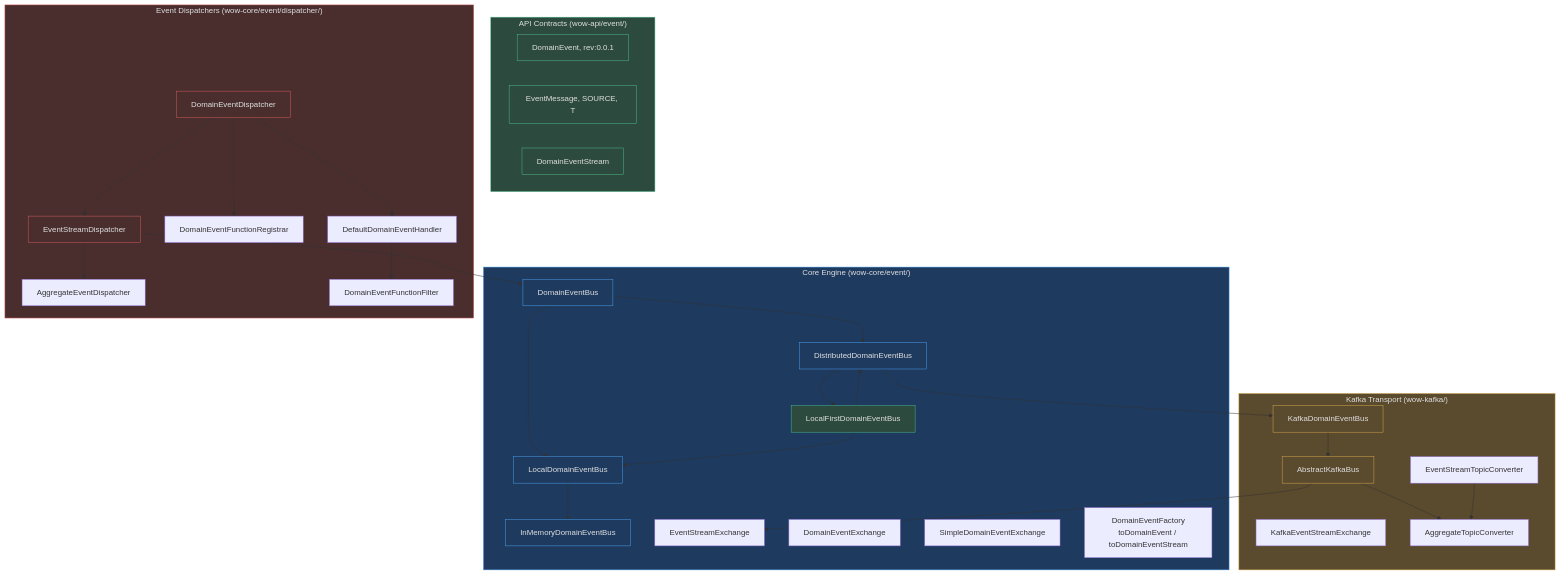
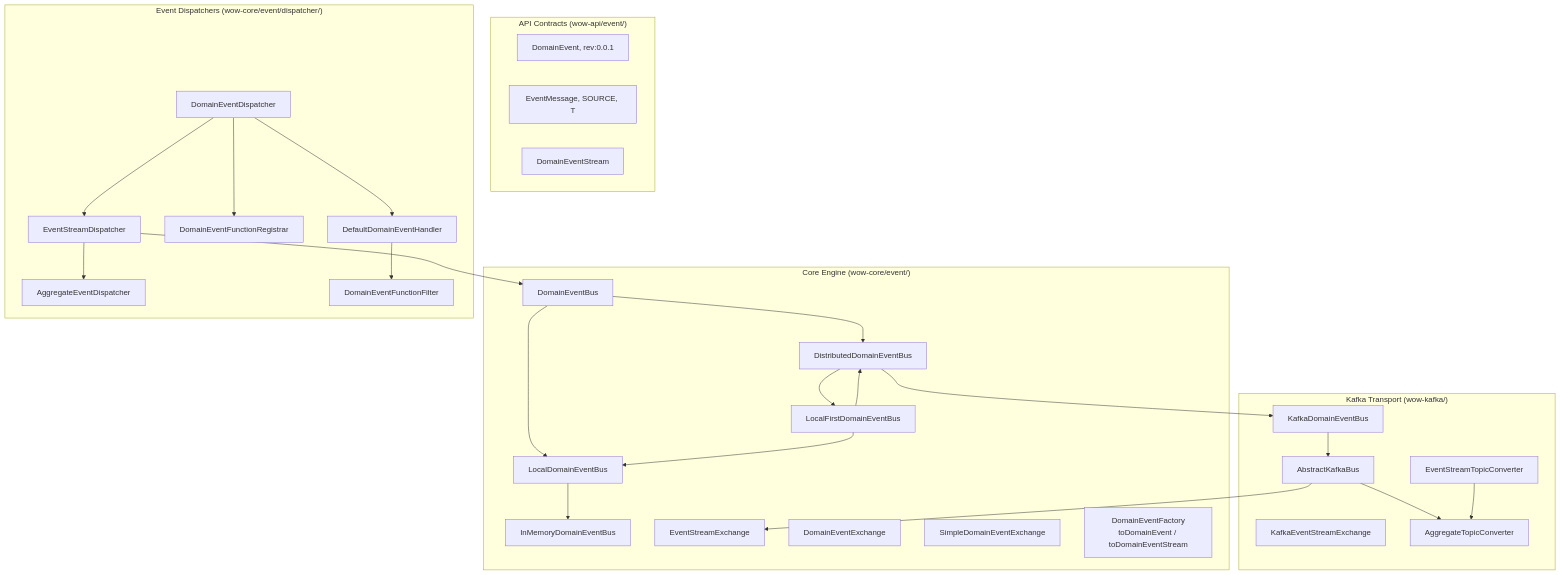
One commit to Ahoo-Wang/Wow changed the first of 5 diagrams in documentation/docs/en/deep-dive/architecture/event-bus.md. Above: the diagram before and after it, drawn with Mermaid. The commit also changed other lines of this file and 32 other files, not shown here.

Commit message:
docs: remove unsupported style/classDef directives from stateDiagram-v2 Mermaid blocks

````diff
--- a/documentation/docs/en/deep-dive/architecture/event-bus.md
+++ b/documentation/docs/en/deep-dive/architecture/event-bus.md
@@ -15,75 +15,59 @@
 ```mermaid
 graph TB
     subgraph Contracts["API Contracts (wow-api/event/)"]
         DE[DomainEvent, rev:0.0.1]
         EM[EventMessage, SOURCE, T]
         ES[DomainEventStream]
     end
 
     subgraph Core["Core Engine (wow-core/event/)"]
         DB[DomainEventBus]
         LDB[LocalDomainEventBus]
         DDB[DistributedDomainEventBus]
         LFDB[LocalFirstDomainEventBus]
         IMDB[InMemoryDomainEventBus]
         ESE[EventStreamExchange]
         DEE[DomainEventExchange]
         SEF[SimpleDomainEventExchange]
         EF[DomainEventFactory<br>toDomainEvent / toDomainEventStream]
 
         DB --> LDB
         DB --> DDB
         LDB --> IMDB
         DDB --> LFDB
         LFDB --> DDB
         LFDB --> LDB
     end
 
     subgraph Kafka["Kafka Transport (wow-kafka/)"]
         KDB[KafkaDomainEventBus]
         KESE[KafkaEventStreamExchange]
         ABK[AbstractKafkaBus]
         ATC[AggregateTopicConverter]
         ETC[EventStreamTopicConverter]
 
         KDB --> ABK
         ABK --> ATC
         ETC --> ATC
     end
 
     subgraph Dispatchers["Event Dispatchers (wow-core/event/dispatcher/)"]
         DED[DomainEventDispatcher]
         ESD[EventStreamDispatcher]
         AED[AggregateEventDispatcher]
         DFR[DomainEventFunctionRegistrar]
         DEH[DefaultDomainEventHandler]
         DFF[DomainEventFunctionFilter]
 
         DED --> ESD
         ESD --> AED
         DED --> DFR
         DED --> DEH
         DEH --> DFF
     end
 
     DDB --> KDB
     ABK --> ESE
     ESD --> DB
 
-    style Contracts fill:#2d4a3e,stroke:#4aba8a,color:#e0e0e0
-    style Core fill:#1e3a5f,stroke:#4a9eed,color:#e0e0e0
-    style Kafka fill:#5a4a2e,stroke:#d4a84b,color:#e0e0e0
-    style Dispatchers fill:#4a2e2e,stroke:#d45b5b,color:#e0e0e0
-    style DB fill:#1e3a5f,stroke:#4a9eed,color:#e0e0e0
-    style LDB fill:#1e3a5f,stroke:#4a9eed,color:#e0e0e0
-    style DDB fill:#1e3a5f,stroke:#4a9eed,color:#e0e0e0
-    style LFDB fill:#2d4a3e,stroke:#4aba8a,color:#e0e0e0
-    style IMDB fill:#1e3a5f,stroke:#4a9eed,color:#e0e0e0
-    style KDB fill:#5a4a2e,stroke:#d4a84b,color:#e0e0e0
-    style DED fill:#4a2e2e,stroke:#d45b5b,color:#e0e0e0
-    style DE fill:#2d4a3e,stroke:#4aba8a,color:#e0e0e0
-    style EM fill:#2d4a3e,stroke:#4aba8a,color:#e0e0e0
-    style ES fill:#2d4a3e,stroke:#4aba8a,color:#e0e0e0
-    style ABK fill:#5a4a2e,stroke:#d4a84b,color:#e0e0e0
-    style ESD fill:#4a2e2e,stroke:#d45b5b,color:#e0e0e0
 ```
````
